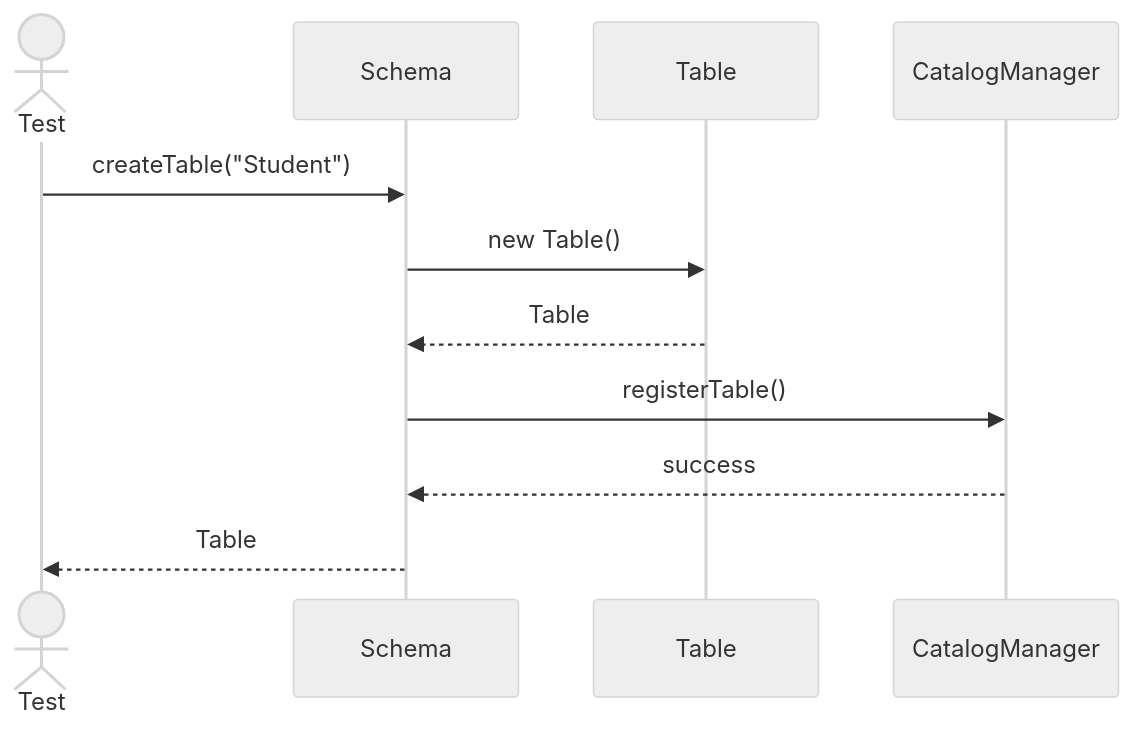
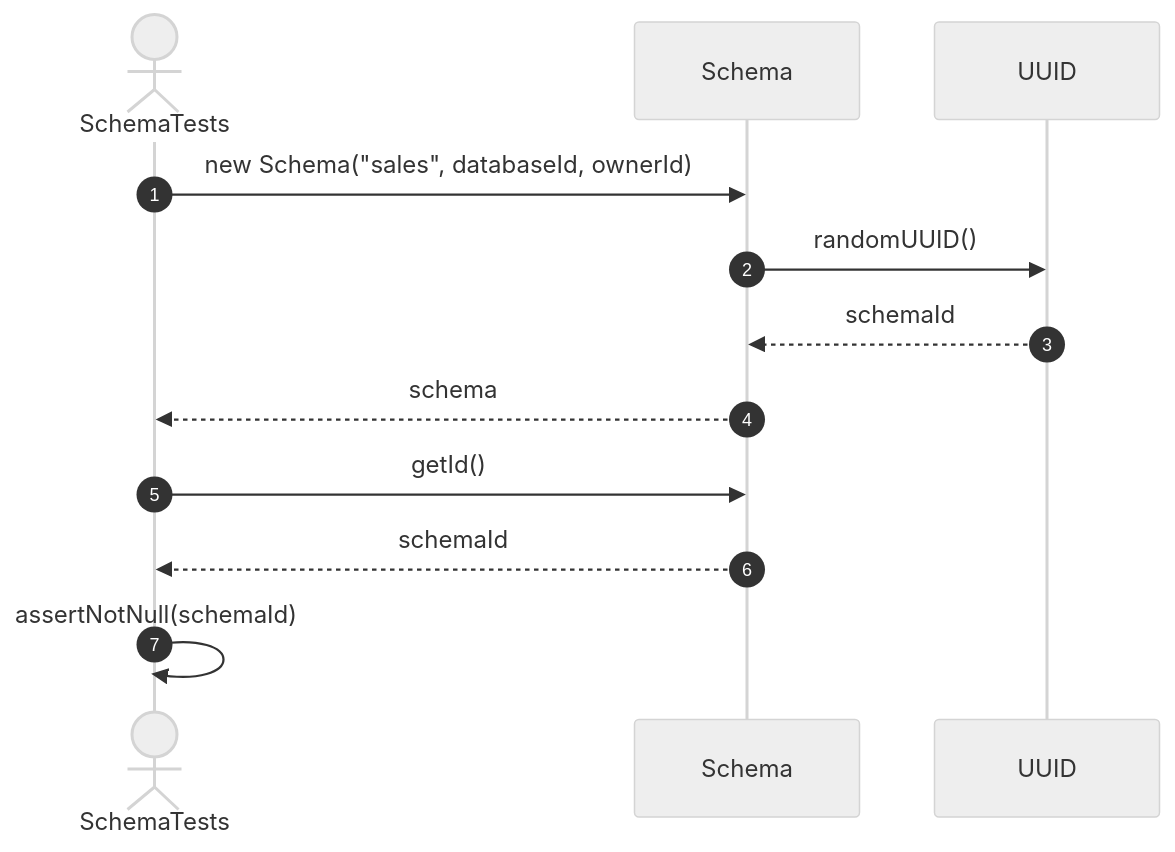
The second of 15 diagrams in src/tests/unit/metadata/sequences/schemas-testing-sequences.md (FhuAnn/-bbv-AN-s-DBMS), drawn with Mermaid (neutral theme) before and after one commit. The commit also changed other lines of this file and 60 other files, not shown here.

Commit message:
refactor data table, row, column, constraint, index test file

````diff
--- a/src/tests/unit/metadata/sequences/schemas-testing-sequences.md
+++ b/src/tests/unit/metadata/sequences/schemas-testing-sequences.md
@@ -26,19 +29,16 @@
 ```mermaid
 sequenceDiagram
-actor Test
-participant Schema
-participant Table
-participant CatalogManager
+    autonumber
+    actor Test as SchemaTests
+    participant Schema as Schema
+    participant UUID as UUID
 
-Test->>Schema: createTable("Student")
+    Test->>Schema: new Schema("sales", databaseId, ownerId)
+    Schema->>UUID: randomUUID()
+    UUID-->>Schema: schemaId
+    Schema-->>Test: schema
 
-Schema->>Table: new Table()
-
-Table-->>Schema: Table
-
-Schema->>CatalogManager: registerTable()
-
-CatalogManager-->>Schema: success
-
-Schema-->>Test: Table
+    Test->>Schema: getId()
+    Schema-->>Test: schemaId
+    Test->>Test: assertNotNull(schemaId)
 ```
````
